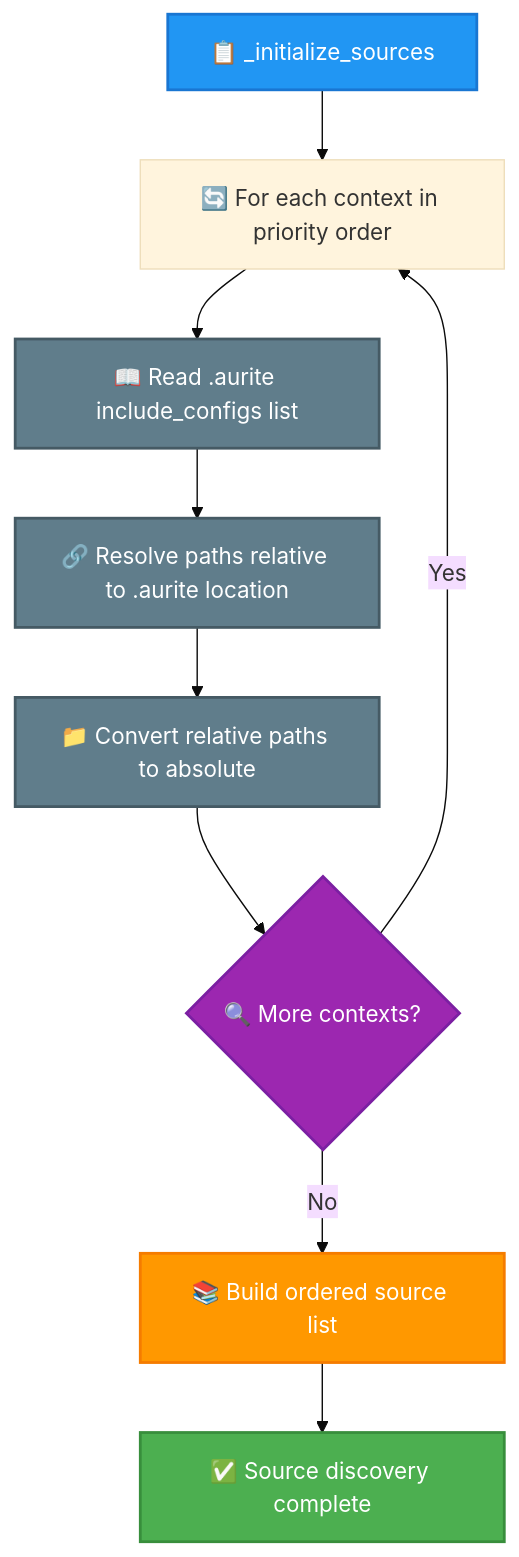
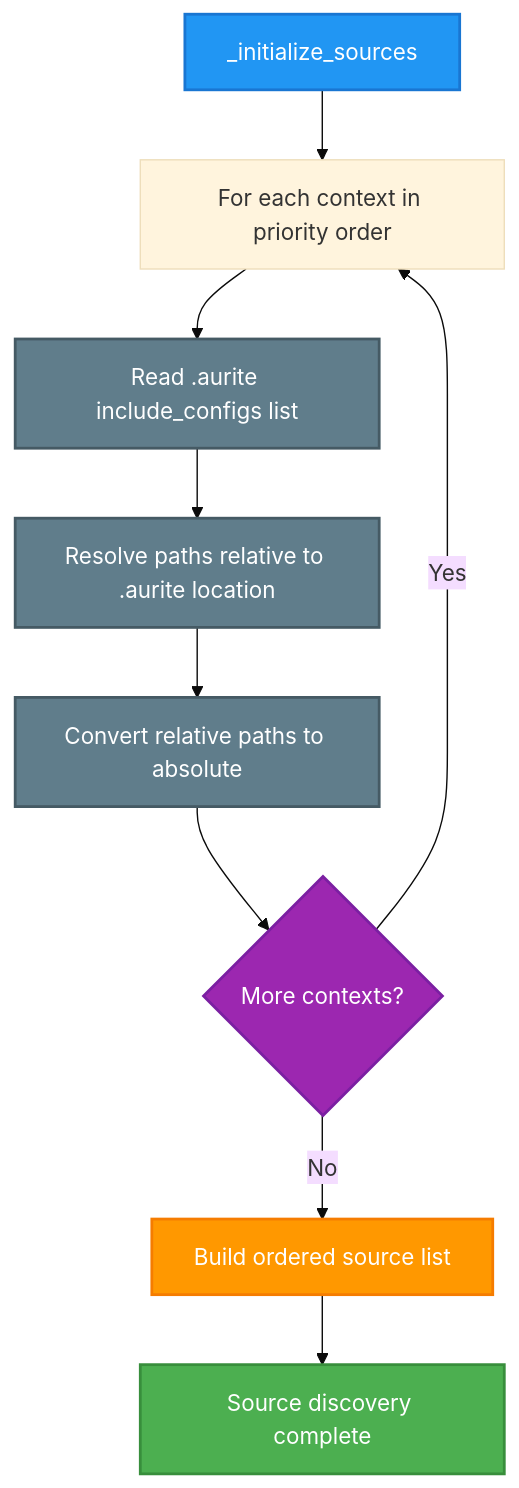
The second of 3 diagrams in docs/architecture/flow/config_index_building_flow.md (Aurite-ai/aurite-agents), drawn with Mermaid (base theme) before and after one commit. The commit also changed other lines of this file and 4 other files, not shown here.

````diff
--- a/docs/architecture/flow/config_index_building_flow.md
+++ b/docs/architecture/flow/config_index_building_flow.md
@@ -214,19 +212,19 @@
 ```mermaid
 flowchart TD
-    A[📋 _initialize_sources] --> B[🔄 For each context in priority order]
-    B --> C[📖 Read .aurite include_configs list]
-    C --> D[🔗 Resolve paths relative to .aurite location]
-    D --> E[📁 Convert relative paths to absolute]
-    E --> F{🔍 More contexts?}
+    A[_initialize_sources] --> B[For each context in priority order]
+    B --> C[Read .aurite include_configs list]
+    C --> D[Resolve paths relative to .aurite location]
+    D --> E[Convert relative paths to absolute]
+    E --> F{More contexts?}
     F -->|Yes| B
-    F -->|No| G[📚 Build ordered source list]
-    G --> H[✅ Source discovery complete]
+    F -->|No| G[Build ordered source list]
+    G --> H[Source discovery complete]
 
     style A fill:#2196F3,stroke:#1976D2,stroke-width:2px,color:#fff
     style H fill:#4CAF50,stroke:#388E3C,stroke-width:2px,color:#fff
     style F fill:#9C27B0,stroke:#7B1FA2,stroke-width:2px,color:#fff
     style G fill:#FF9800,stroke:#F57C00,stroke-width:2px,color:#fff
     style C fill:#607D8B,stroke:#455A64,stroke-width:2px,color:#fff
     style D fill:#607D8B,stroke:#455A64,stroke-width:2px,color:#fff
     style E fill:#607D8B,stroke:#455A64,stroke-width:2px,color:#fff
 ```
````
